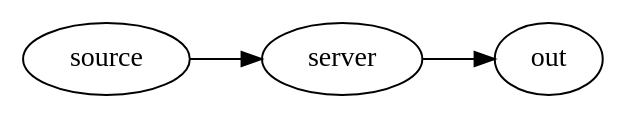
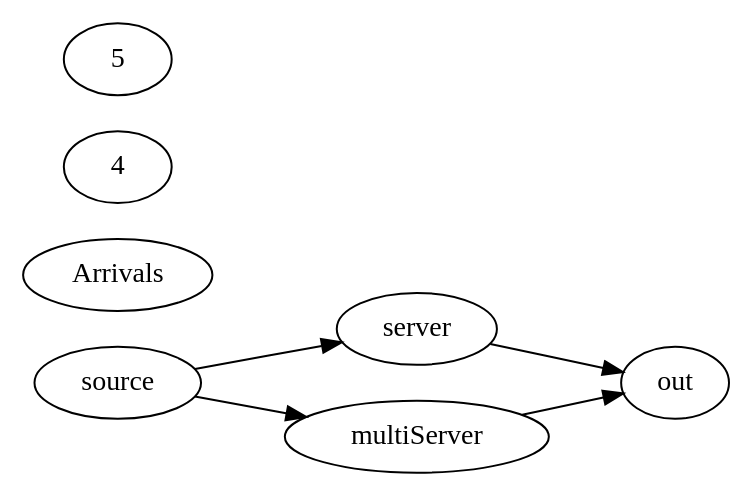
The diagram in graph.gv (marcelats/helloworldweb), drawn with Graphviz before and after one commit. The commit also changed 58 other files, not shown here.

```diff
--- a/graph.gv
+++ b/graph.gv
@@ -1,8 +1,12 @@
 digraph untitled {
-    comment=" undefined 0 undefined undefined True False 0 10 " rankdir=LR
-    0 [label=source comment=1]
-    1 [label=server comment=" 2 None 0 None undefined "]
-    2 [label=out comment=3]
-    0 -> 1
-    1 -> 2
+    comment=" 12 0 23 34 fechado True 45 0 " rankdir=LR
+    0 [label=server comment=" 2 0 0 15 16 1 true false 24 34 32 89 98"]
+    1 [label=multiServer comment=" 2 0 0 17 18 5 false true 34 43 65 90 80 "]
+    2 [label=source comment=1]
+    3 [label=out comment=3]
+    0 -> 3 [comment=50]
+    1 -> 3 [comment=40]
+    2 -> 0 [comment=30]
+    2 -> 1 [comment=20]
+    Arrivals 3 1 1 0 2 3 1 4 5 0  
 }
```
